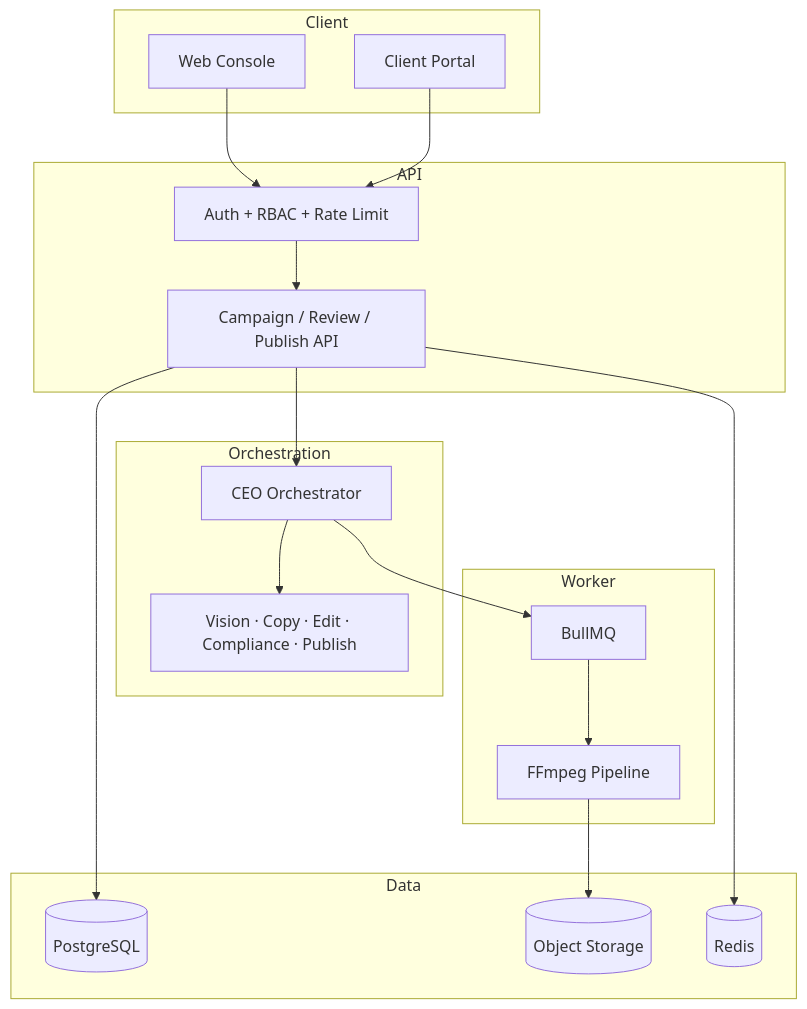
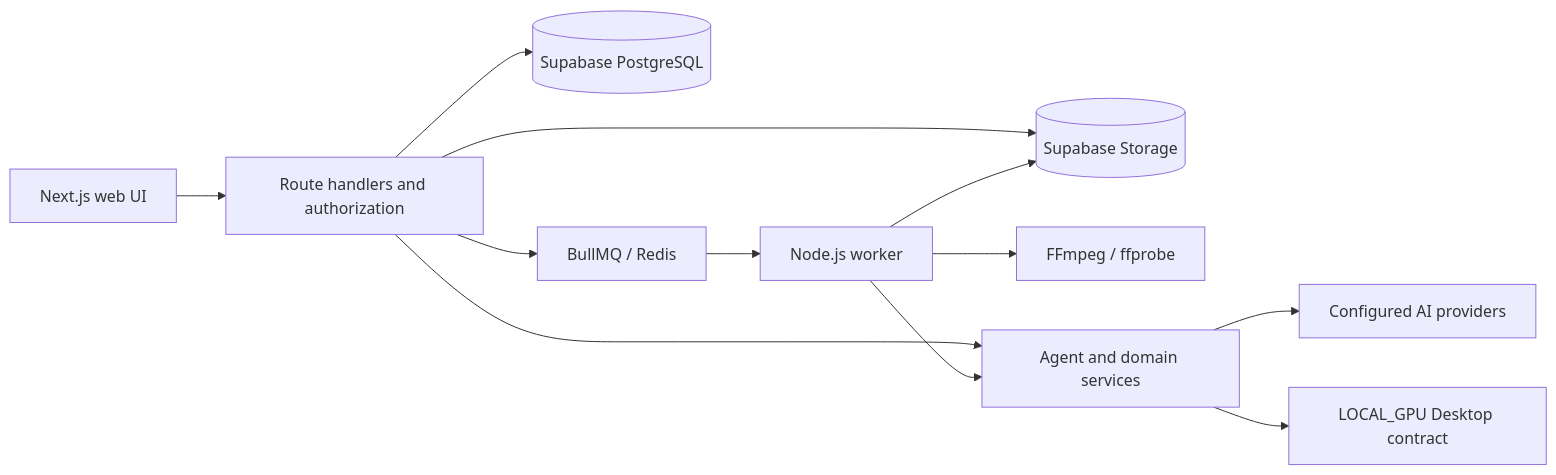
The diagram in README.md (EmbersoulLabs/EmberOS), drawn with Mermaid before and after one commit. The commit also changed other lines of this file, not shown here.

````diff
--- a/README.md
+++ b/README.md
@@ -324,34 +47,14 @@
 ```mermaid
-flowchart TB
-    subgraph Client
-        WEB[Web Console]
-        PORTAL[Client Portal]
-    end
-
-    subgraph API
-        GW[Auth + RBAC + Rate Limit]
-        SVC[Campaign / Review / Publish API]
-    end
-
-    subgraph Orchestration
-        CEO[CEO Orchestrator]
-        AGENTS[Vision · Copy · Edit · Compliance · Publish]
-    end
-
-    subgraph Worker
-        QUEUE[BullMQ]
-        FFMPEG[FFmpeg Pipeline]
-    end
-
-    subgraph Data
-        PG[(PostgreSQL)]
-        OSS[(Object Storage)]
-        REDIS[(Redis)]
-    end
-
-    WEB --> GW --> SVC --> CEO --> AGENTS
-    PORTAL --> GW
-    CEO --> QUEUE --> FFMPEG --> OSS
-    SVC --> PG
-    SVC --> REDIS
+flowchart LR
+    U[Next.js web UI] --> A[Route handlers and authorization]
+    A --> D[(Supabase PostgreSQL)]
+    A --> S[(Supabase Storage)]
+    A --> Q[BullMQ / Redis]
+    Q --> W[Node.js worker]
+    W --> F[FFmpeg / ffprobe]
+    W --> S
+    A --> L[Agent and domain services]
+    W --> L
+    L --> O[Configured AI providers]
+    L --> G[LOCAL_GPU Desktop contract]
 ```
````
